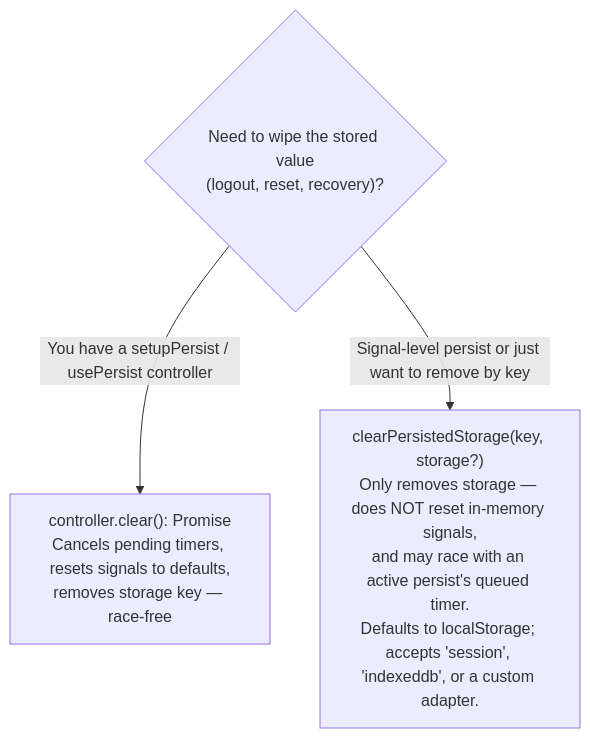
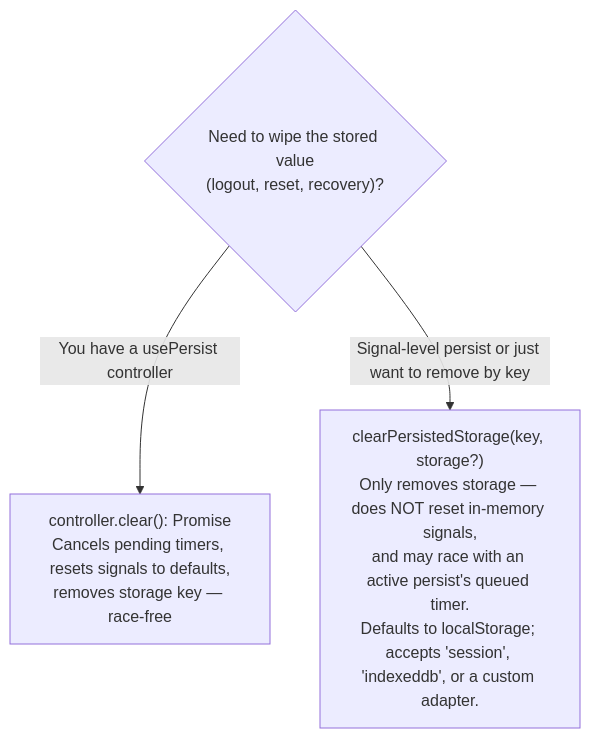
One commit to jav974/react-refsignal changed the tenth of 11 diagrams in docs/decision-tree.md. Above: the diagram before and after it, drawn with Mermaid. The commit also changed 2 other files, not shown here.

Commit message:
docs: update to reflect latest changes

````diff
--- a/docs/decision-tree.md
+++ b/docs/decision-tree.md
@@ -243,6 +243,6 @@
 ```mermaid
 flowchart TD
     QC{"Need to wipe the stored value\n(logout, reset, recovery)?"}
-    QC -->|"You have a setupPersist / usePersist controller"| CA["controller.clear(): Promise<void>\nCancels pending timers, resets signals to defaults,\nremoves storage key — race-free"]
+    QC -->|"You have a usePersist controller"| CA["controller.clear(): Promise<void>\nCancels pending timers, resets signals to defaults,\nremoves storage key — race-free"]
     QC -->|"Signal-level persist or just want to remove by key"| CB["clearPersistedStorage(key, storage?)\nOnly removes storage — does NOT reset in-memory signals,\nand may race with an active persist's queued timer.\nDefaults to localStorage; accepts 'session', 'indexeddb', or a custom adapter."]
 ```
````
